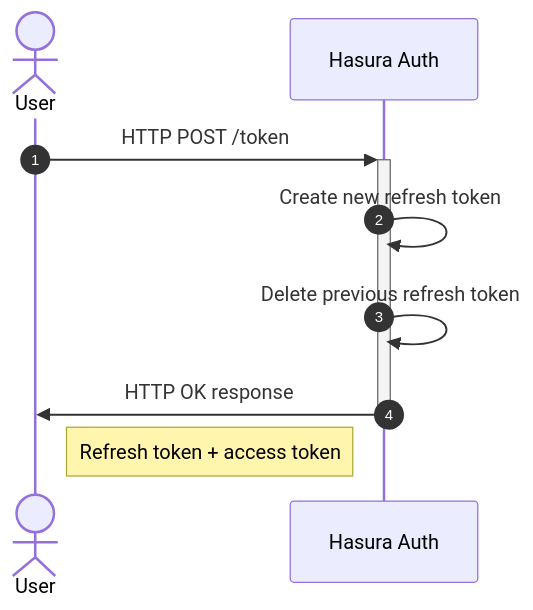
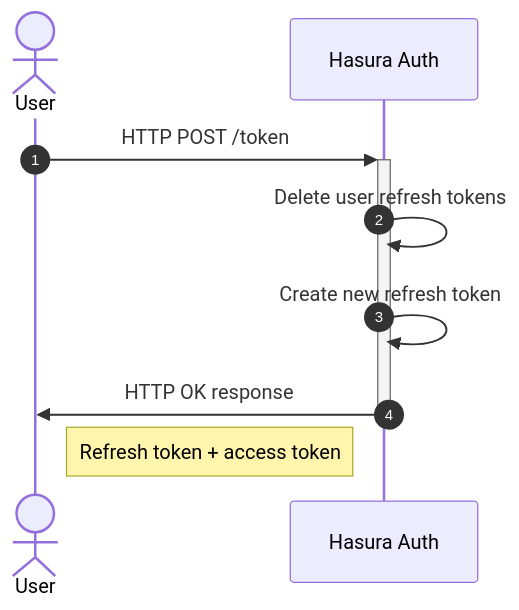
One commit to nhost/hasura-auth changed the diagram in docs/workflows/refresh-token.md. Above: the diagram before and after it, drawn with Mermaid. The commit also changed 1 other file, not shown here.

Commit message:
fix: delete user refresh tokens before new token creation

````diff
--- a/docs/workflows/refresh-token.md
+++ b/docs/workflows/refresh-token.md
@@ -3,11 +3,11 @@
 ```mermaid
 sequenceDiagram
 	autonumber
 	actor U as User
 	participant A as Hasura Auth
 	U->>+A: HTTP POST /token
+	A->>A: Delete user refresh tokens
 	A->>A: Create new refresh token
-	A->>A: Delete previous refresh token
 	A->>-U: HTTP OK response
 	Note left of A: Refresh token + access token
 ```
````
